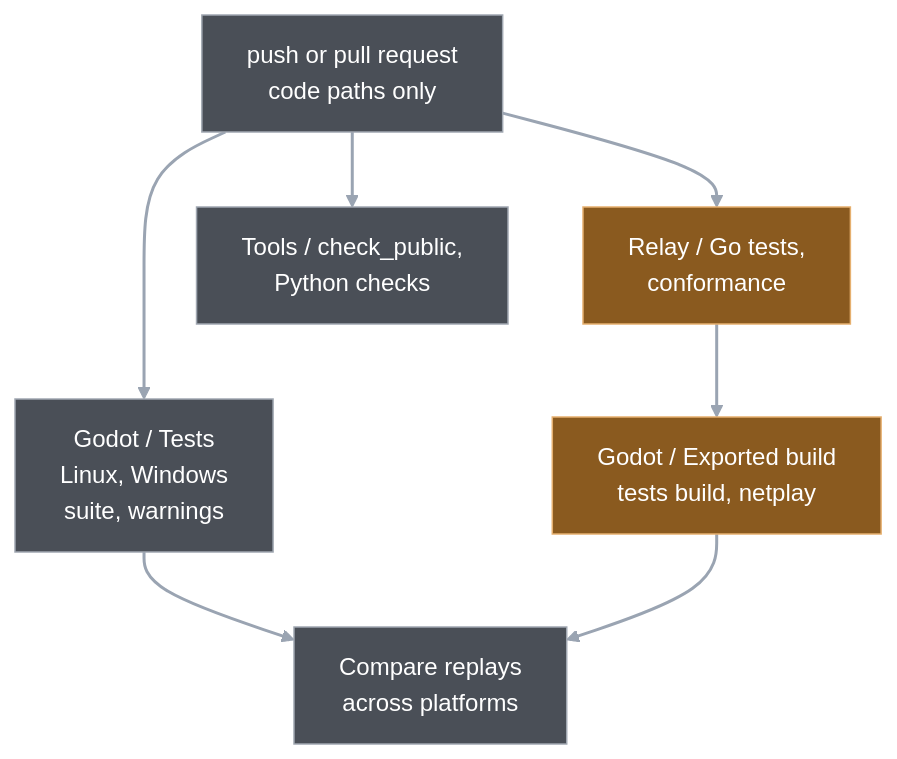
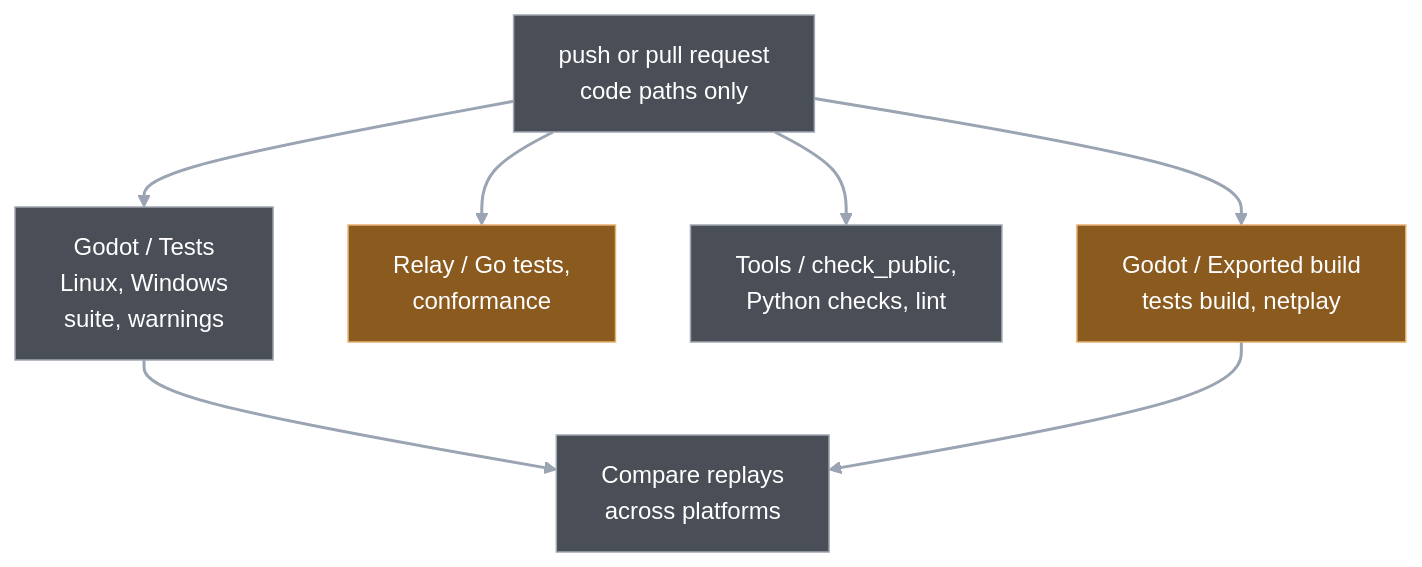
One commit to pdstuber/wargrid changed the second of 2 diagrams in docs/guide/13-testing-and-tooling.md. Above: the diagram before and after it, drawn with Mermaid. The commit also changed other lines of this file and 7 other files, not shown here.

````diff
--- a/docs/guide/13-testing-and-tooling.md
+++ b/docs/guide/13-testing-and-tooling.md
@@ -151,17 +153,18 @@
 ```mermaid
 flowchart TD
     P["push or pull request<br/>code paths only"] --> A
     P --> B
     P --> C
+    P --> E
     A["Godot / Tests<br/>Linux, Windows<br/>suite, warnings"]
     B["Relay / Go tests,<br/>conformance"]
-    C["Tools / check_public,<br/>Python checks"]
-    B --> E["Godot / Exported build<br/>tests build, netplay"]
+    C["Tools / check_public,<br/>Python checks, lint"]
+    E["Godot / Exported build<br/>tests build, netplay"]
     A --> D
     E --> D["Compare replays<br/>across platforms"]
     classDef ext fill:#4a4f57,stroke:#a0a7b1,color:#ffffff
     classDef net fill:#8a5a1f,stroke:#e6b06f,color:#ffffff
     class P,A,C,D ext
     class B,E net
     linkStyle default stroke:#9aa4b2,stroke-width:2px
 ```
````
